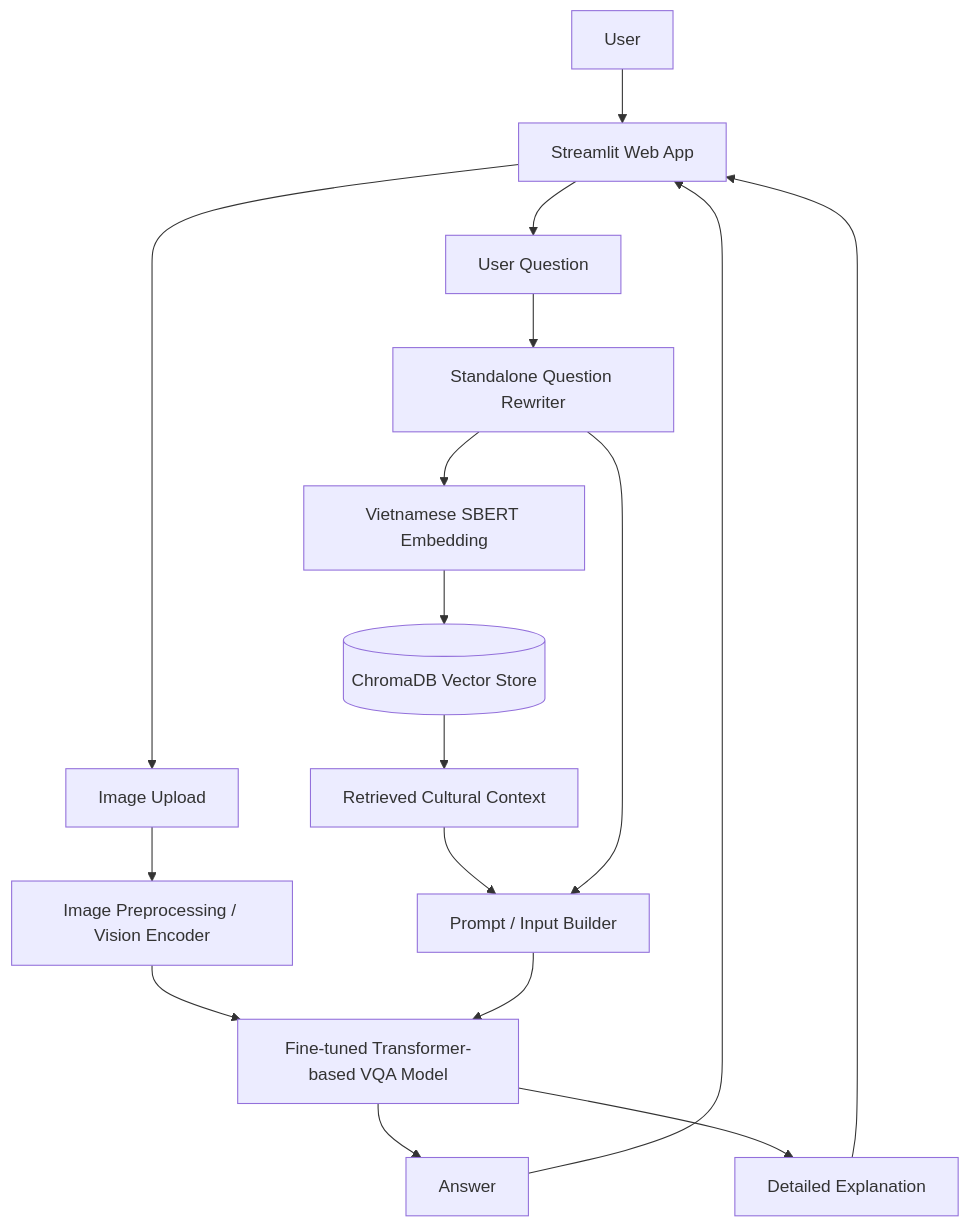
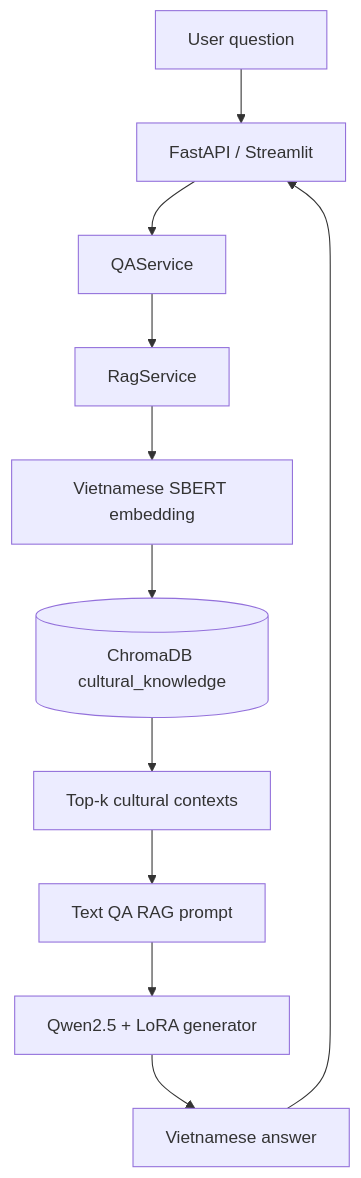
Before and after one commit to nphoang-itus/vie-cultural-nlp-sl-fithcmus: the diagram in README.md, drawn with Mermaid. The commit also changed other lines of this file and 1 other file, not shown here.

Commit message:
refactor: update README and .gitignore for text-only QA and data handling

````diff
--- a/README.md
+++ b/README.md
@@ -61,22 +41,13 @@
 ```mermaid
 flowchart TD
-    U[User] --> UI[Streamlit Web App]
-    UI --> IMG[Image Upload]
-    UI --> Q[User Question]
-
-    Q --> SQ[Standalone Question Rewriter]
-    SQ --> EMB[Vietnamese SBERT Embedding]
-    EMB --> VDB[(ChromaDB Vector Store)]
-    VDB --> CTX[Retrieved Cultural Context]
-
-    IMG --> VP[Image Preprocessing / Vision Encoder]
-    VP --> VQA[Fine-tuned Transformer-based VQA Model]
-    CTX --> PB[Prompt / Input Builder]
-    SQ --> PB
-    PB --> VQA
-
-    VQA --> ANS[Answer]
-    VQA --> EXP[Detailed Explanation]
-    ANS --> UI
-    EXP --> UI
+    U[User question] --> API[FastAPI / Streamlit]
+    API --> QA[QAService]
+    QA --> RAG[RagService]
+    RAG --> EMB[Vietnamese SBERT embedding]
+    EMB --> VDB[(ChromaDB cultural_knowledge)]
+    VDB --> CTX[Top-k cultural contexts]
+    CTX --> PROMPT[Text QA RAG prompt]
+    PROMPT --> GEN[Qwen2.5 + LoRA generator]
+    GEN --> ANS[Vietnamese answer]
+    ANS --> API
 ```
````
